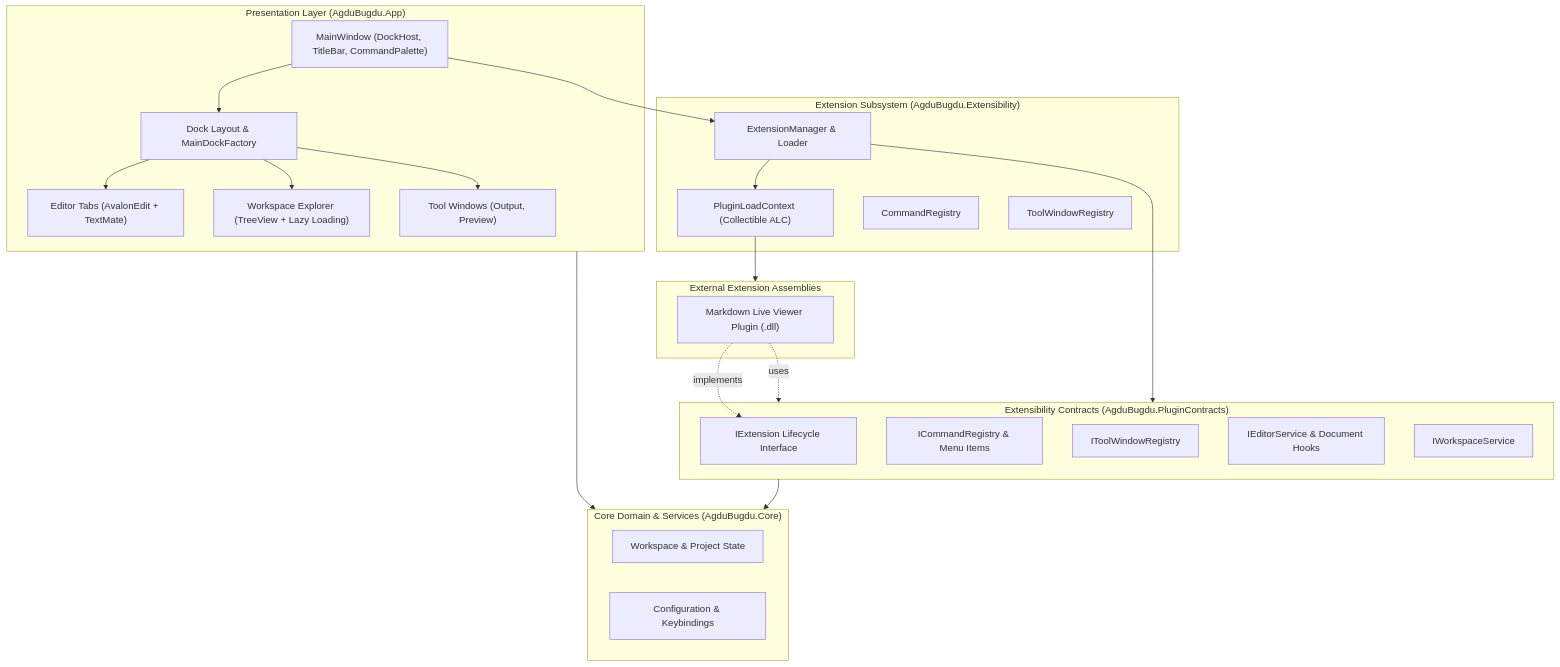
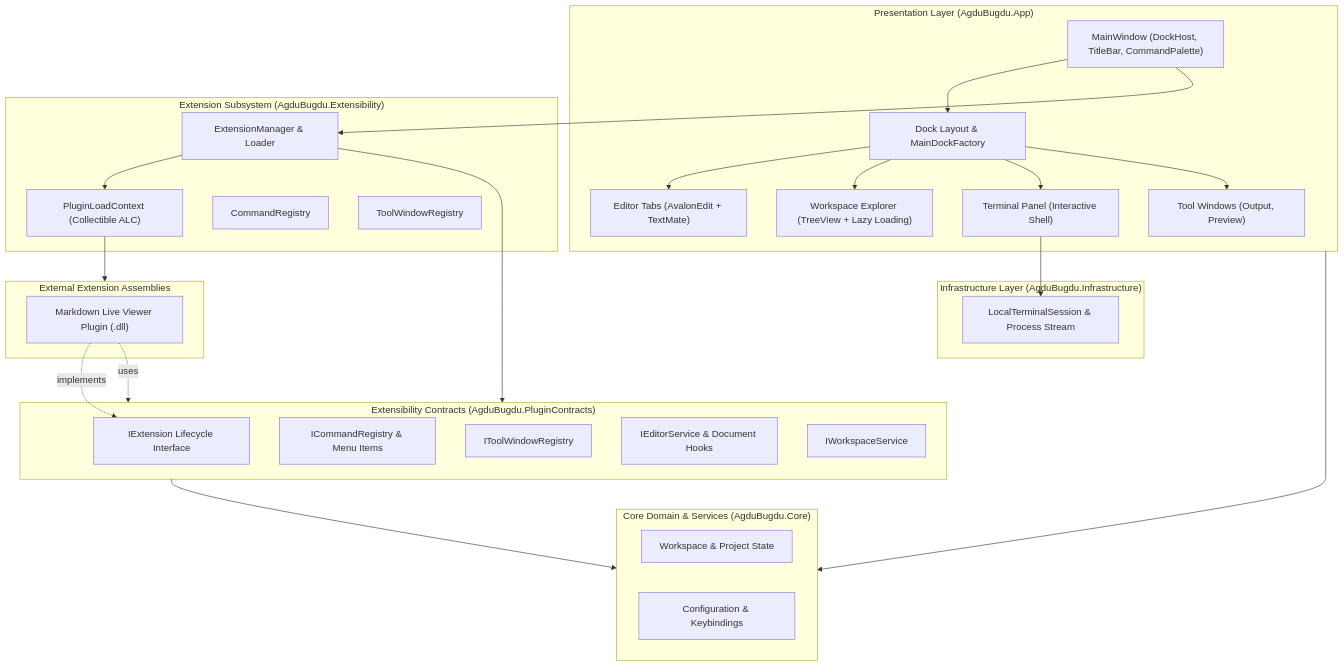
The first of 2 diagrams in README.md (indoctrinatedrecluse/AgduBugdu), drawn with Mermaid before and after one commit. The commit also changed other lines of this file and 9 other files, not shown here.

Commit message:
Implement Milestone 6: Integrated terminal session with workspace sync, UI panel, and update README

````diff
--- a/README.md
+++ b/README.md
@@ -59,45 +60,51 @@
 ```mermaid
 graph TD
     subgraph UI ["Presentation Layer (AgduBugdu.App)"]
         MainWindow["MainWindow (DockHost, TitleBar, CommandPalette)"]
         DockManager["Dock Layout & MainDockFactory"]
         EditorView["Editor Tabs (AvalonEdit + TextMate)"]
         ExplorerView["Workspace Explorer (TreeView + Lazy Loading)"]
+        TerminalView["Terminal Panel (Interactive Shell)"]
         ToolPanels["Tool Windows (Output, Preview)"]
     end
 
     subgraph ExtMgr ["Extension Subsystem (AgduBugdu.Extensibility)"]
         ExtensionManager["ExtensionManager & Loader"]
         ALCRegistry["PluginLoadContext (Collectible ALC)"]
         CommandReg["CommandRegistry"]
         ToolReg["ToolWindowRegistry"]
+    end
+
+    subgraph Infra ["Infrastructure Layer (AgduBugdu.Infrastructure)"]
+        TerminalSession["LocalTerminalSession & Process Stream"]
     end
 
     subgraph Contracts ["Extensibility Contracts (AgduBugdu.PluginContracts)"]
         IExtension["IExtension Lifecycle Interface"]
         ICommandRegistry["ICommandRegistry & Menu Items"]
         IToolWindowRegistry["IToolWindowRegistry"]
         IEditorService["IEditorService & Document Hooks"]
         IWorkspaceService["IWorkspaceService"]
     end
 
     subgraph Core ["Core Domain & Services (AgduBugdu.Core)"]
         Workspace["Workspace & Project State"]
         Config["Configuration & Keybindings"]
     end
 
     subgraph Plugins ["External Extension Assemblies"]
         MarkdownPlugin["Markdown Live Viewer Plugin (.dll)"]
     end
 
     MainWindow --> DockManager
-    DockManager --> EditorView & ExplorerView & ToolPanels
+    DockManager --> EditorView & ExplorerView & TerminalView & ToolPanels
+    TerminalView --> TerminalSession
     MainWindow --> ExtensionManager
     ExtensionManager --> ALCRegistry
     ALCRegistry --> Plugins
     MarkdownPlugin -.implements.-> IExtension
     MarkdownPlugin -.uses.-> Contracts
     ExtensionManager --> Contracts
     UI --> Core
     Contracts --> Core
 ```
````
